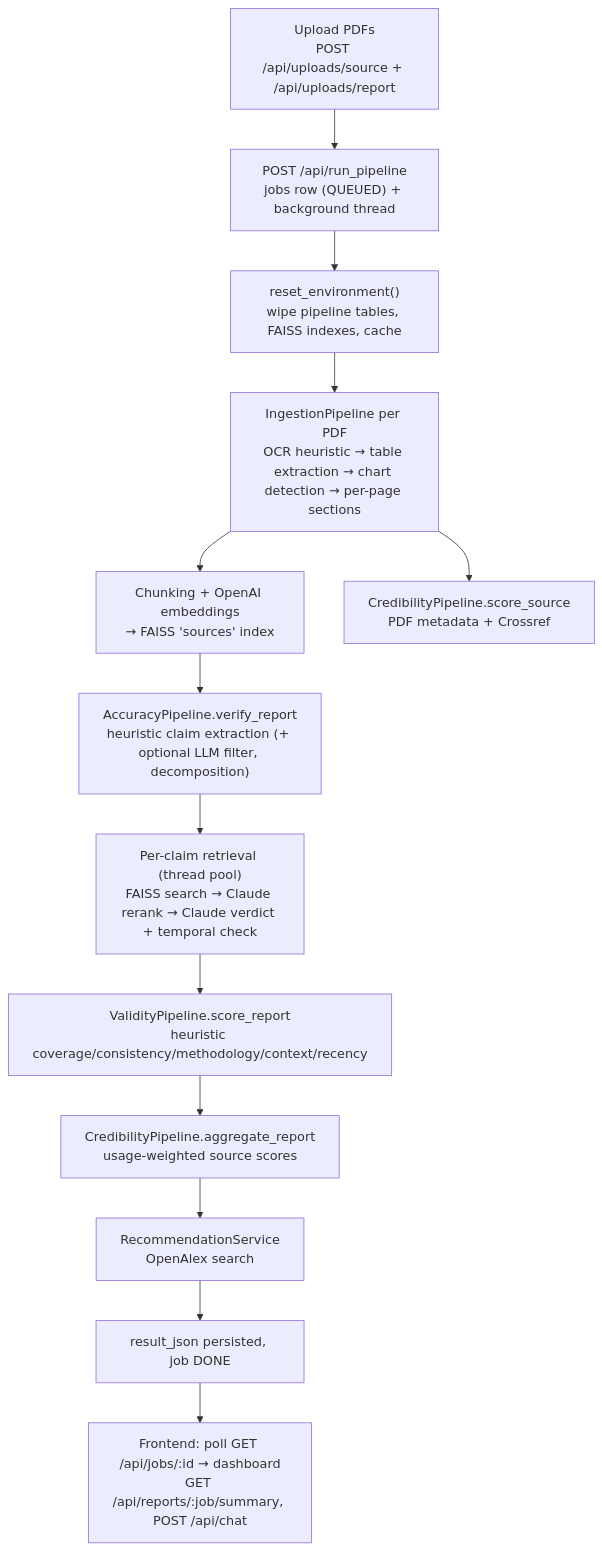
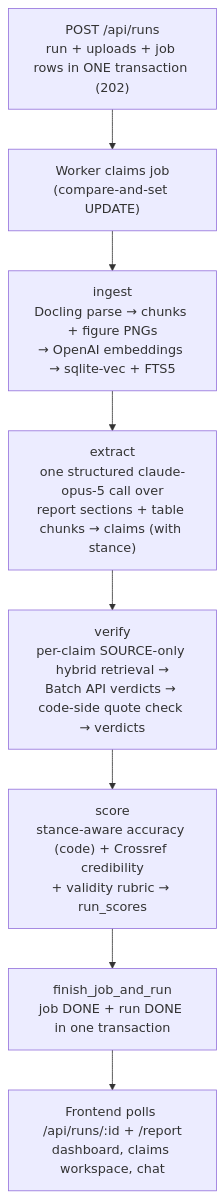
Before and after one commit to vfeliu04/author-accuracy-ai: the diagram in docs/architecture.md, drawn with Mermaid. The commit also changed other lines of this file and 14 other files, not shown here.

````diff
--- a/docs/architecture.md
+++ b/docs/architecture.md
@@ -7,15 +16,10 @@
 ```mermaid
 flowchart TD
-    A["Upload PDFs<br/>POST /api/uploads/source + /api/uploads/report"] --> B["POST /api/run_pipeline<br/>jobs row (QUEUED) + background thread"]
-    B --> C["reset_environment()<br/>wipe pipeline tables, FAISS indexes, cache"]
-    C --> D["IngestionPipeline per PDF<br/>OCR heuristic &rarr; table extraction &rarr; chart detection &rarr; per-page sections"]
-    D --> E["Chunking + OpenAI embeddings<br/>&rarr; FAISS 'sources' index"]
-    D --> F["CredibilityPipeline.score_source<br/>PDF metadata + Crossref"]
-    E --> G["AccuracyPipeline.verify_report<br/>heuristic claim extraction (+ optional LLM filter, decomposition)"]
-    G --> H["Per-claim retrieval (thread pool)<br/>FAISS search &rarr; Claude rerank &rarr; Claude verdict + temporal check"]
-    H --> I["ValidityPipeline.score_report<br/>heuristic coverage/consistency/methodology/context/recency"]
-    I --> J["CredibilityPipeline.aggregate_report<br/>usage-weighted source scores"]
-    J --> K["RecommendationService<br/>OpenAlex search"]
-    K --> L["result_json persisted, job DONE"]
-    L --> M["Frontend: poll GET /api/jobs/:id &rarr; dashboard<br/>GET /api/reports/:job/summary, POST /api/chat"]
+    A["POST /api/runs<br/>run + uploads + job rows in ONE transaction (202)"] --> B["Worker claims job<br/>(compare-and-set UPDATE)"]
+    B --> C["ingest<br/>Docling parse → chunks + figure PNGs<br/>→ OpenAI embeddings → sqlite-vec + FTS5"]
+    C --> D["extract<br/>one structured claude-opus-5 call over<br/>report sections + table chunks → claims (with stance)"]
+    D --> E["verify<br/>per-claim SOURCE-only hybrid retrieval →<br/>Batch API verdicts → code-side quote check → verdicts"]
+    E --> F["score<br/>stance-aware accuracy (code) + Crossref credibility<br/>+ validity rubric → run_scores"]
+    F --> G["finish_job_and_run<br/>job DONE + run DONE in one transaction"]
+    G --> H["Frontend polls /api/runs/:id + /report<br/>dashboard, claims workspace, chat"]
 ```
````
